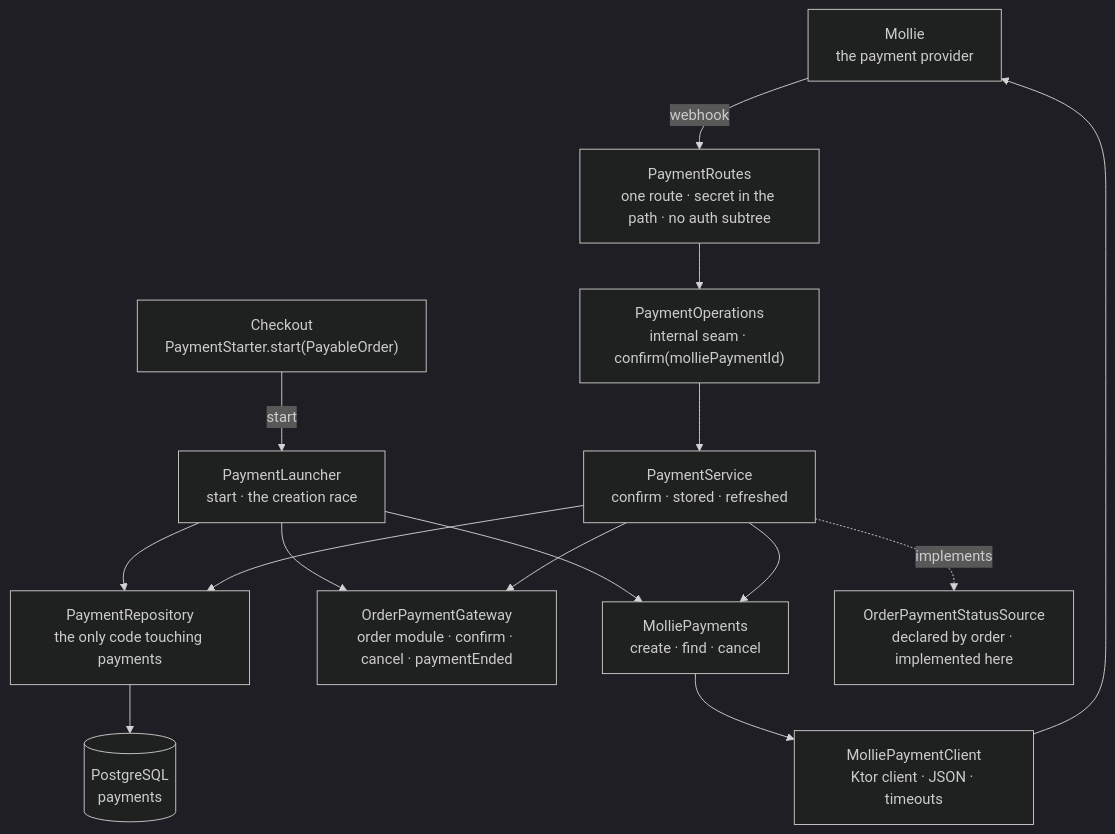
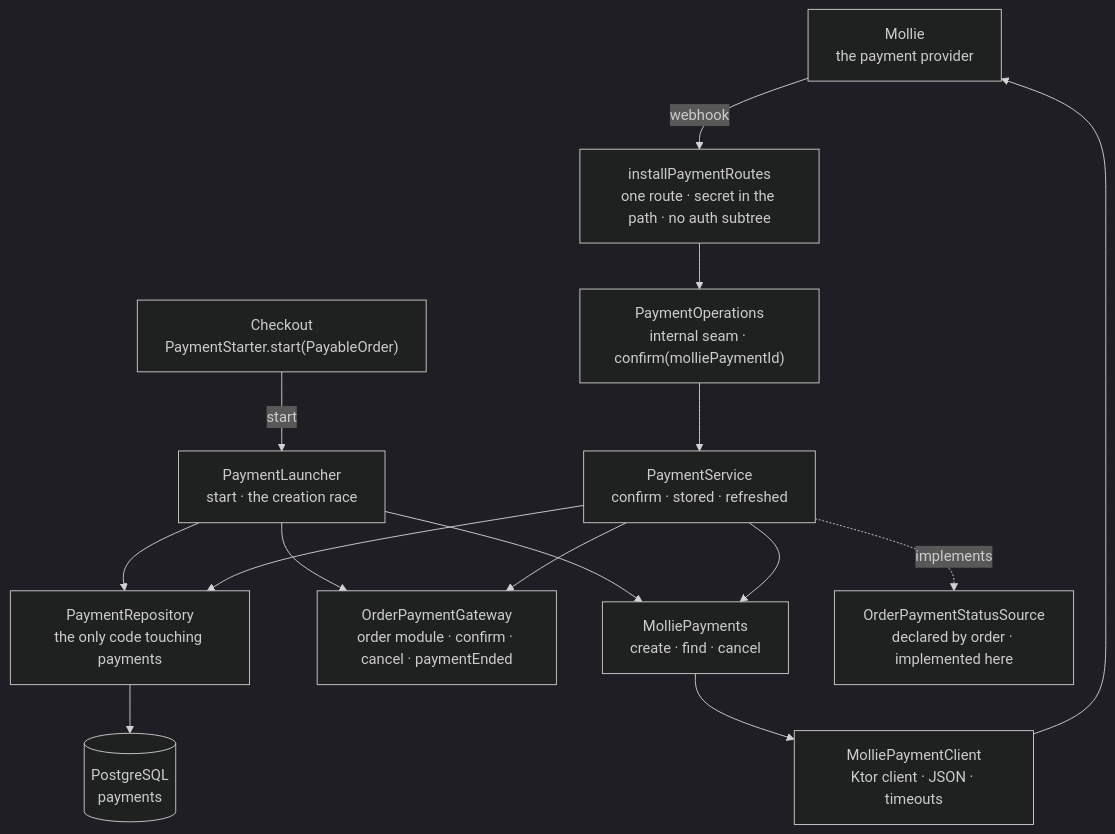
One commit to bitstorm-tech/voenix-shop-kotlin changed the diagram in docs/dev/backend/payment-package.md. Above: the diagram before and after it, drawn with Mermaid (dark theme). The commit also changed other lines of this file and 94 other files, not shown here.

````diff
--- a/docs/dev/backend/payment-package.md
+++ b/docs/dev/backend/payment-package.md
@@ -32,25 +32,25 @@
 ```mermaid
 flowchart TB
     Mollie["Mollie<br/>the payment provider"]
     Checkout["Checkout<br/>PaymentStarter.start(PayableOrder)"]
-    Routes["PaymentRoutes<br/>one route · secret in the path · no auth subtree"]
+    Routes["installPaymentRoutes<br/>one route · secret in the path · no auth subtree"]
     Operations["PaymentOperations<br/>internal seam · confirm(molliePaymentId)"]
     Launcher["PaymentLauncher<br/>start · the creation race"]
     Service["PaymentService<br/>confirm · stored · refreshed"]
     Port["MolliePayments<br/>create · find · cancel"]
     Client["MolliePaymentClient<br/>Ktor client · JSON · timeouts"]
     Gateway["OrderPaymentGateway<br/>order module · confirm · cancel · paymentEnded"]
     Repository["PaymentRepository<br/>the only code touching payments"]
     Tables[("PostgreSQL<br/>payments")]
     OrderRead["OrderPaymentStatusSource<br/>declared by order · implemented here"]
 
     Mollie -->|webhook| Routes --> Operations --> Service
     Checkout -->|start| Launcher
     Launcher --> Port
     Launcher --> Gateway
     Launcher --> Repository
     Service --> Port --> Client --> Mollie
     Service --> Gateway
     Service --> Repository --> Tables
     Service -. implements .-> OrderRead
 ```
````
